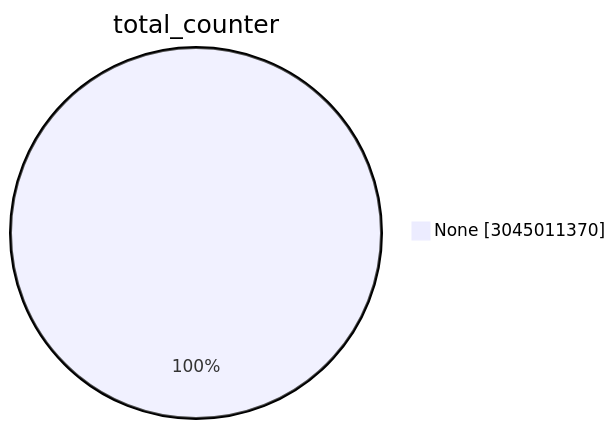
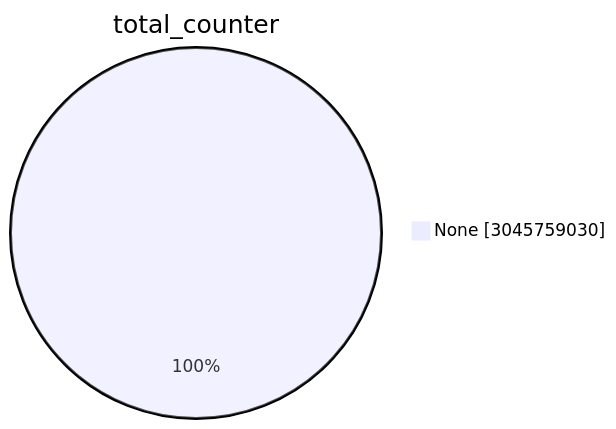
The first of 15 diagrams in TOTAL/README.md (christiankrug/ctmonitor_visualization), drawn with Mermaid before and after one commit. The commit also changed other lines of this file, not shown here.

````diff
--- a/TOTAL/README.md
+++ b/TOTAL/README.md
@@ -1,5 +1,5 @@
 ```mermaid
 pie showData
 title total_counter
-"None" :3045011370
+"None" :3045759030
 ```
````
